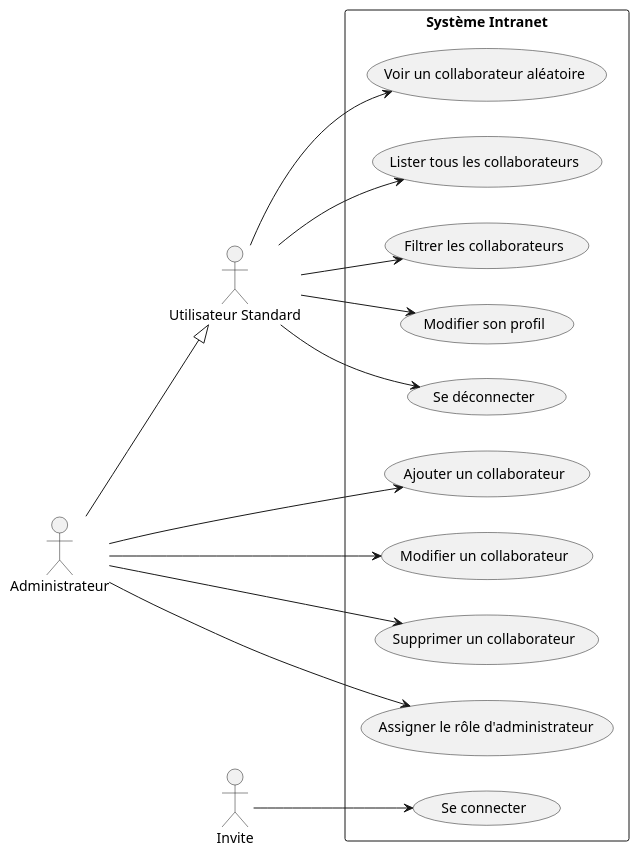
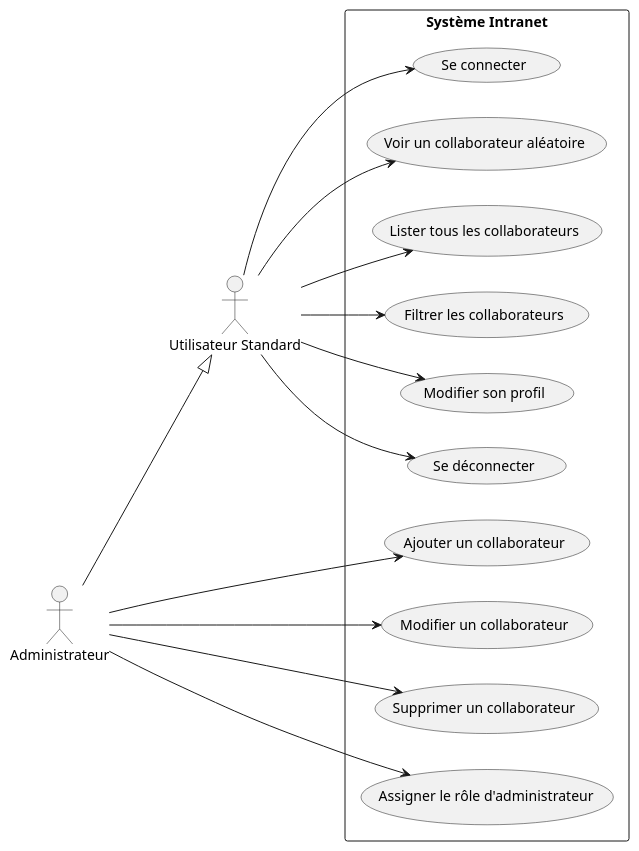
One commit to LuffyStar93/Projet-Intranet---Architecture-en-Couches changed the diagram in uml/utilisation.puml. Above: the diagram before and after it, drawn with PlantUML. The commit also changed other lines of this file and 12 other files, not shown here.

```diff
--- a/uml/utilisation.puml
+++ b/uml/utilisation.puml
@@ -2,34 +1,34 @@
 @startuml
 left to right direction
 
 actor "Utilisateur Standard" as User
 actor "Administrateur" as Admin
 
 rectangle "Système Intranet" {
   usecase "Se connecter" as UC1
   usecase "Voir un collaborateur aléatoire" as UC2
   usecase "Lister tous les collaborateurs" as UC3
   usecase "Filtrer les collaborateurs" as UC4
   usecase "Modifier son profil" as UC5
   usecase "Se déconnecter" as UC6
 
   usecase "Ajouter un collaborateur" as UC7
   usecase "Modifier un collaborateur" as UC8
   usecase "Supprimer un collaborateur" as UC9
   usecase "Assigner le rôle d'administrateur" as UC10
 }
 
-Invite --> UC1
+User --> UC1
 User --> UC2
 User --> UC3
 User --> UC4
 User --> UC5
 User --> UC6
 
 
 Admin --|> User
 Admin --> UC7
 Admin --> UC8
 Admin --> UC9
 Admin --> UC10
 @enduml
```
